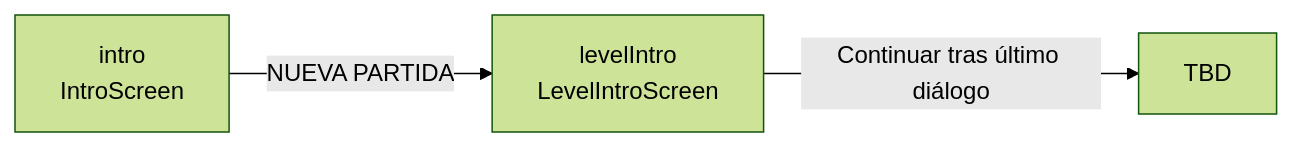
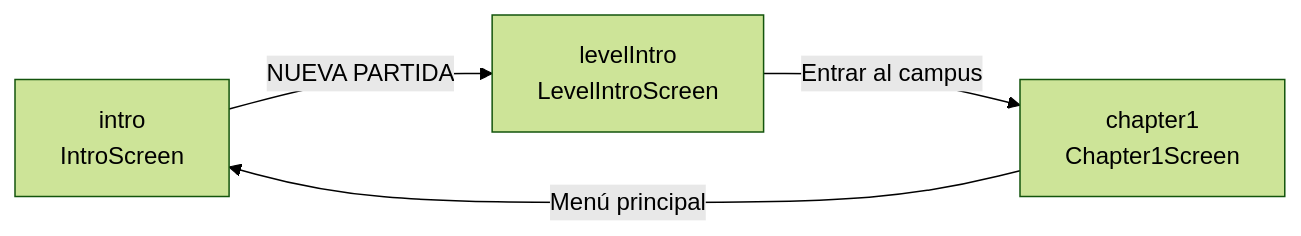
One commit to SantiagoBetancurZa/genially-game changed the diagram in docs/screen-flow.md. Above: the diagram before and after it, drawn with Mermaid (forest theme). The commit also changed other lines of this file and 18 other files, not shown here.

Commit message:
feat: Stage shell, dialog UI, level intro and chapter hub screens

````diff
--- a/docs/screen-flow.md
+++ b/docs/screen-flow.md
@@ -7,5 +7,6 @@
 ```mermaid
 graph LR
   intro[intro<br/>IntroScreen] -->|NUEVA PARTIDA| levelIntro[levelIntro<br/>LevelIntroScreen]
-  levelIntro -->|Continuar tras último diálogo| TBD[TBD]
+  levelIntro -->|Entrar al campus| chapter1[chapter1<br/>Chapter1Screen]
+  chapter1 -->|Menú principal| intro
 ```
````
